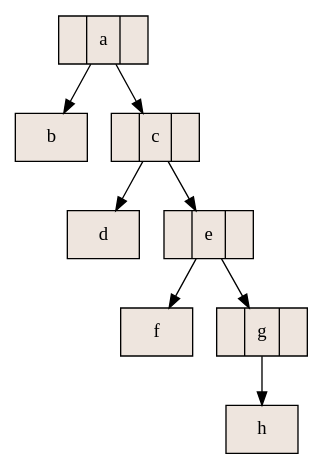
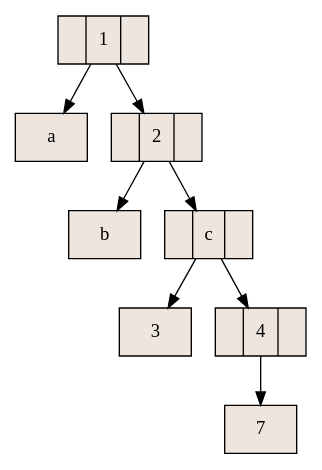
One commit to erickcontreras12/ProyectoFinal_PrograAvanzada2017 changed the diagram in aux_grafico.dot. Above: the diagram before and after it, drawn with Graphviz. The commit also changed 10 other files, not shown here.

```diff
--- a/aux_grafico.dot
+++ b/aux_grafico.dot
@@ -1,19 +1,19 @@
 digraph grafica{
 rankdir=TB;
 node [shape = record, style=filled, fillcolor=seashell2];
-nodoa [ label ="<C0>|a|<C1>"];
+nodo1 [ label ="<C0>|1|<C1>"];
+nodoa [ label ="a"];
+nodo1->nodoa
+nodo2 [ label ="<C0>|2|<C1>"];
 nodob [ label ="b"];
-nodoa->nodob
+nodo2->nodob
 nodoc [ label ="<C0>|c|<C1>"];
-nodod [ label ="d"];
-nodoc->nodod
-nodoe [ label ="<C0>|e|<C1>"];
-nodof [ label ="f"];
-nodoe->nodof
-nodog [ label ="<C0>|g|<C1>"];
-nodoh [ label ="h"];
-nodog->nodoh
-nodoe->nodog
-nodoc->nodoe
-nodoa->nodoc
+nodo3 [ label ="3"];
+nodoc->nodo3
+nodo4 [ label ="<C0>|4|<C1>"];
+nodo7 [ label ="7"];
+nodo4->nodo7
+nodoc->nodo4
+nodo2->nodoc
+nodo1->nodo2
 }
```
